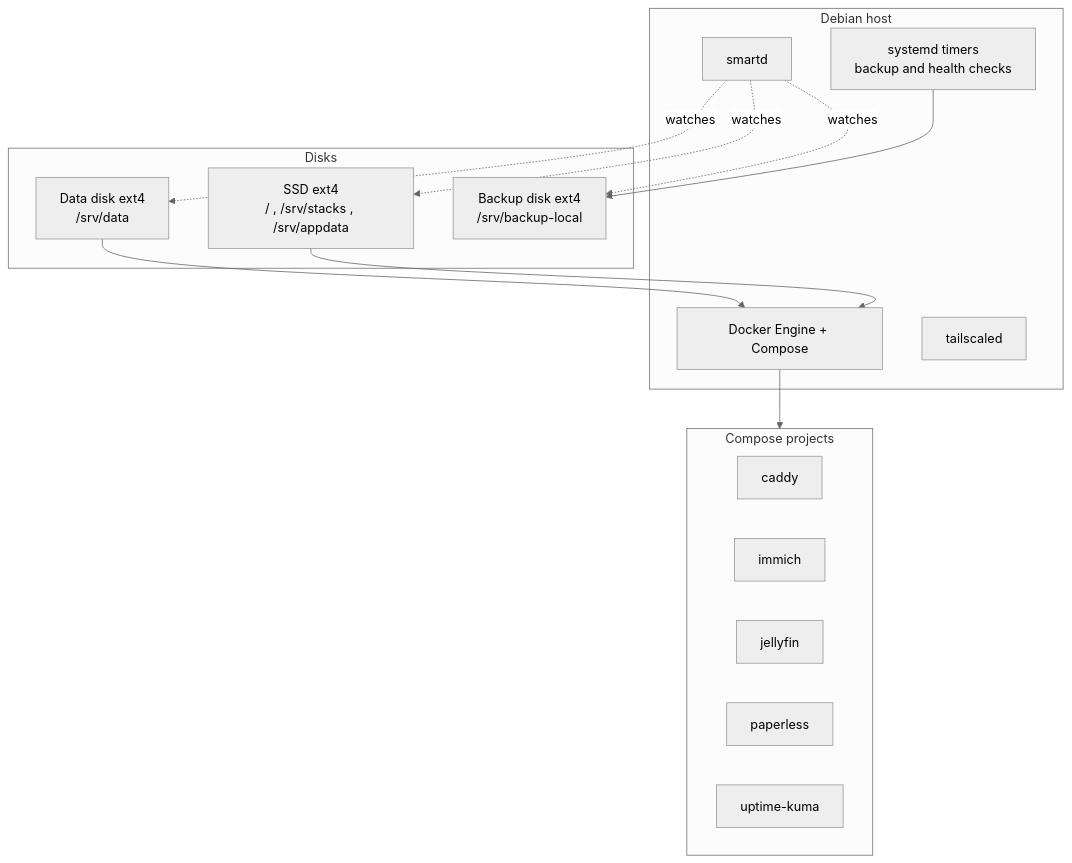
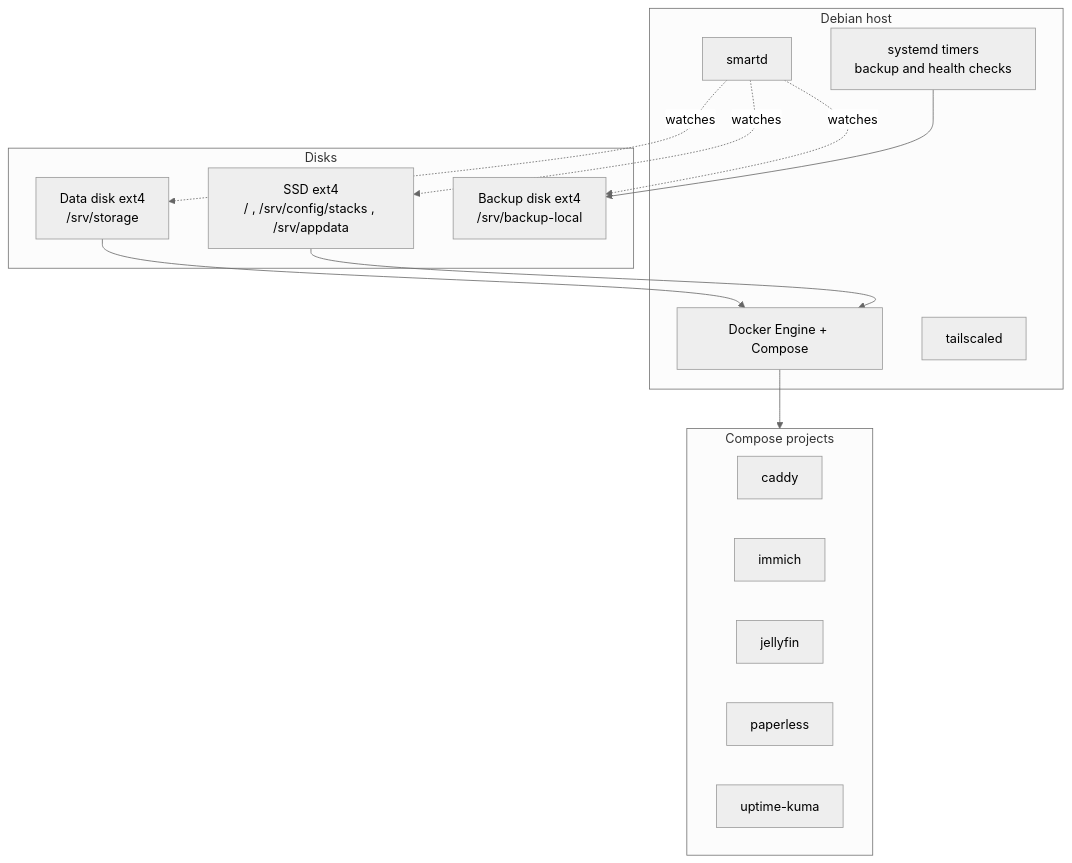
The third of 11 diagrams in docs/01-architecture.md (MEDHUN17/dharane), drawn with Mermaid (neutral theme) before and after one commit. The commit also changed other lines of this file and 10 other files, not shown here.

First line of the commit message:
Add design decisions, storage layout, hardware tiers, roadmap, Part L

````diff
--- a/docs/01-architecture.md
+++ b/docs/01-architecture.md
@@ -78,28 +78,28 @@
 ```mermaid
 flowchart TB
   subgraph Disks
-    D1["SSD ext4<br/>/ , /srv/stacks , /srv/appdata"]
-    D2["Data disk ext4<br/>/srv/data"]
+    D1["SSD ext4<br/>/ , /srv/config/stacks , /srv/appdata"]
+    D2["Data disk ext4<br/>/srv/storage"]
     D3["Backup disk ext4<br/>/srv/backup-local"]
   end
   subgraph Host["Debian host"]
     DK["Docker Engine + Compose"]
     TSH["tailscaled"]
     TMR["systemd timers<br/>backup and health checks"]
     SM["smartd"]
   end
   subgraph Stacks["Compose projects"]
     S1["caddy"]
     S2["immich"]
     S3["jellyfin"]
     S4["paperless"]
     S5["uptime-kuma"]
   end
   D1 --> DK
   D2 --> DK
   DK --> Stacks
   TMR --> D3
   SM -. watches .-> D1
   SM -. watches .-> D2
   SM -. watches .-> D3
 ```
````
